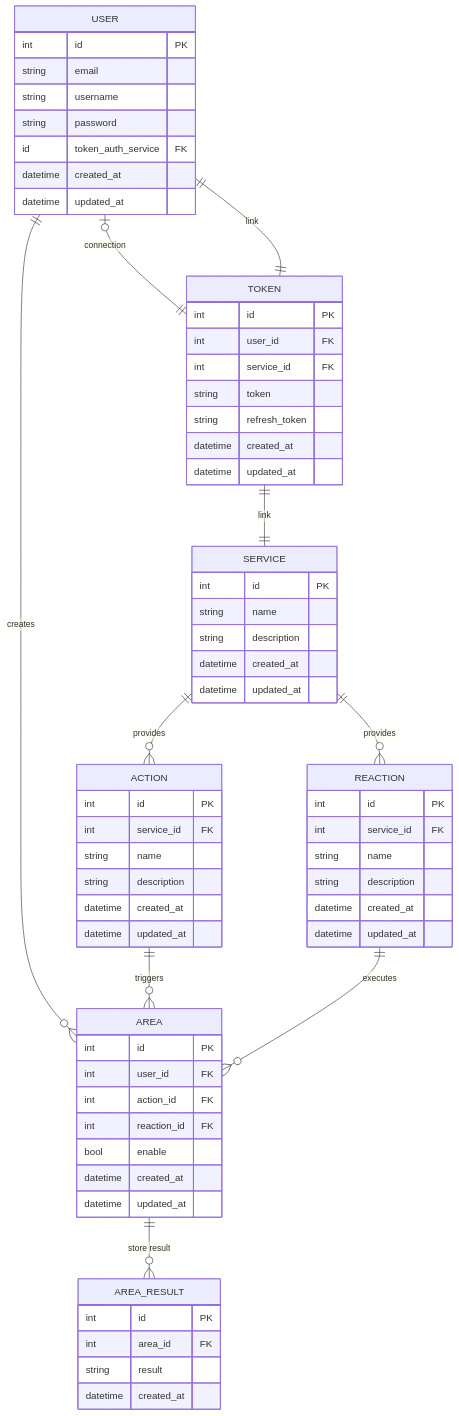
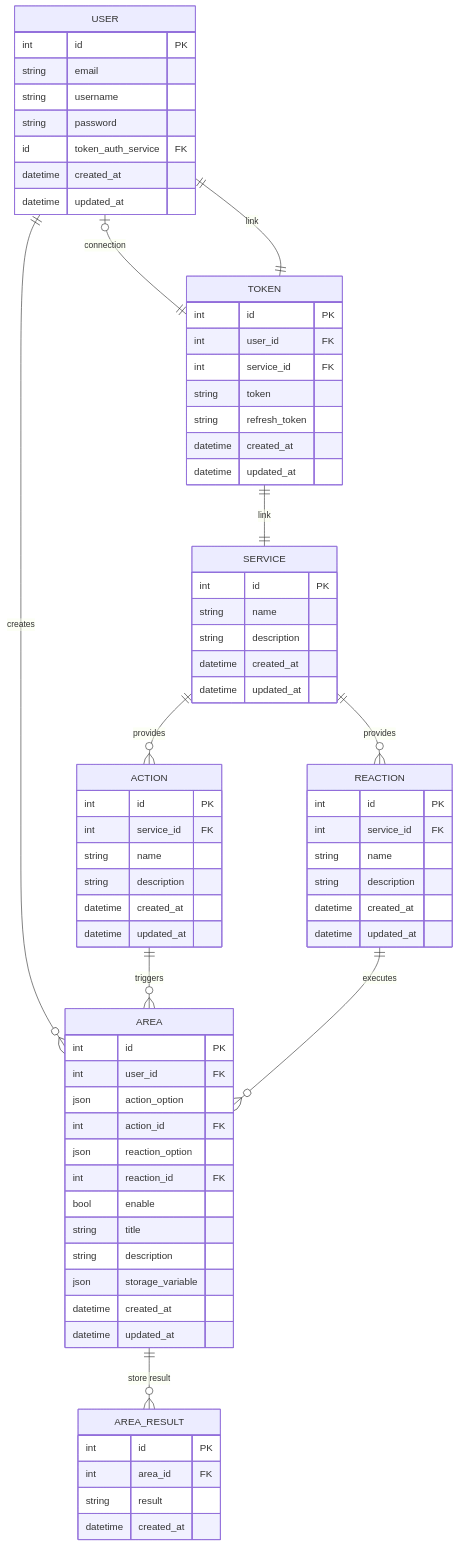
Before and after one commit to Epitouche/Perimeter: the diagram in docs/backend/databaseDoc.md, drawn with Mermaid. The commit also changed 1 other file, not shown here.

Commit message:
[UPD] enhance database documentation with new fields and add mobile testing instructions

````diff
--- a/docs/backend/databaseDoc.md
+++ b/docs/backend/databaseDoc.md
@@ -16,72 +16,77 @@
 ```mermaid
 erDiagram
     USER {
         int id PK
         string email
         string username
         string password
         id token_auth_service FK
         datetime created_at
         datetime updated_at
     }
     SERVICE {
         int id PK
         string name
         string description
         datetime created_at
         datetime updated_at
     }
     ACTION {
         int id PK
         int service_id FK
         string name
         string description
         datetime created_at
         datetime updated_at
     }
     REACTION {
         int id PK
         int service_id FK
         string name
         string description
         datetime created_at
         datetime updated_at
     }
 
     AREA {
         int id PK
         int user_id FK
+        json action_option
         int action_id FK
+        json reaction_option
         int reaction_id FK
         bool enable
+        string title
+        string description
+        json storage_variable
         datetime created_at
         datetime updated_at
     }
 
     AREA_RESULT {
         int id PK
         int area_id FK
         string result
         datetime created_at
     }
 
     TOKEN {
         int id PK
         int user_id FK
         int service_id FK
         string token
         string refresh_token
         datetime created_at
         datetime updated_at
     }
 
     USER ||--o{ AREA : "creates"
     SERVICE ||--o{ ACTION : "provides"
     SERVICE ||--o{ REACTION : "provides"
     ACTION ||--o{ AREA : "triggers"
     REACTION ||--o{ AREA : "executes"
     USER |o--|| TOKEN : "connection"
     TOKEN ||--|| USER : "link"
     TOKEN ||--|| SERVICE : "link"
     AREA ||--o{ AREA_RESULT : "store result"
 ```
````
